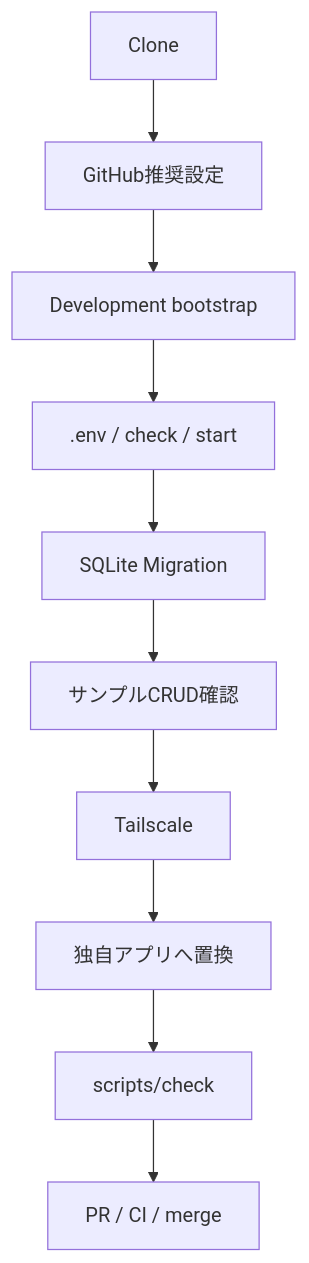
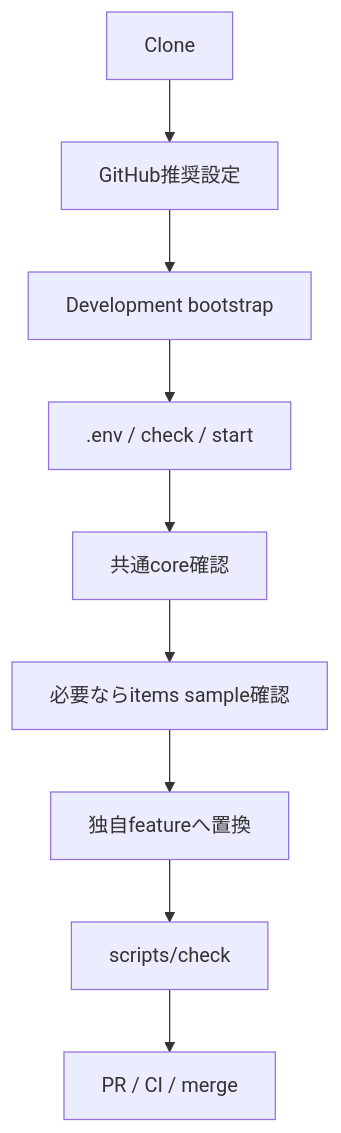
The first of 4 diagrams in GETTING-STARTED.md (k-systems202208/python-sqlite-tailscale-webapp-template), drawn with Mermaid before and after one commit. The commit also changed other lines of this file and 26 other files, not shown here.

````diff
--- a/GETTING-STARTED.md
+++ b/GETTING-STARTED.md
@@ -9,12 +9,11 @@
 ```mermaid
 flowchart TD
     A["Clone"] --> B["GitHub推奨設定"]
     B --> C["Development bootstrap"]
     C --> D[".env / check / start"]
-    D --> E["SQLite Migration"]
-    E --> F["サンプルCRUD確認"]
-    F --> G["Tailscale"]
-    G --> H["独自アプリへ置換"]
-    H --> I["scripts/check"]
-    I --> J["PR / CI / merge"]
+    D --> E["共通core確認"]
+    E --> F["必要ならitems sample確認"]
+    F --> G["独自featureへ置換"]
+    G --> H["scripts/check"]
+    H --> I["PR / CI / merge"]
 ```
````
